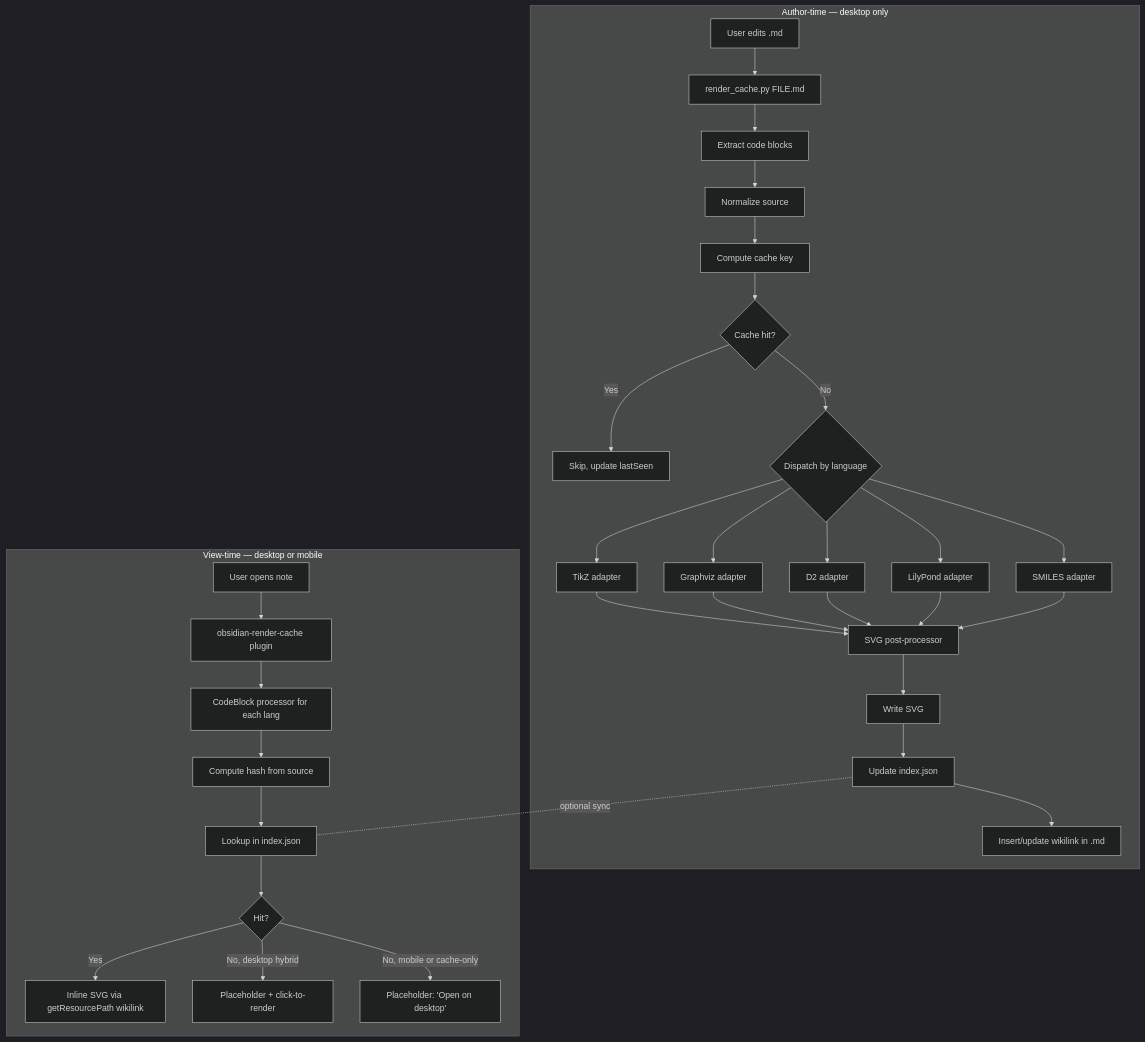
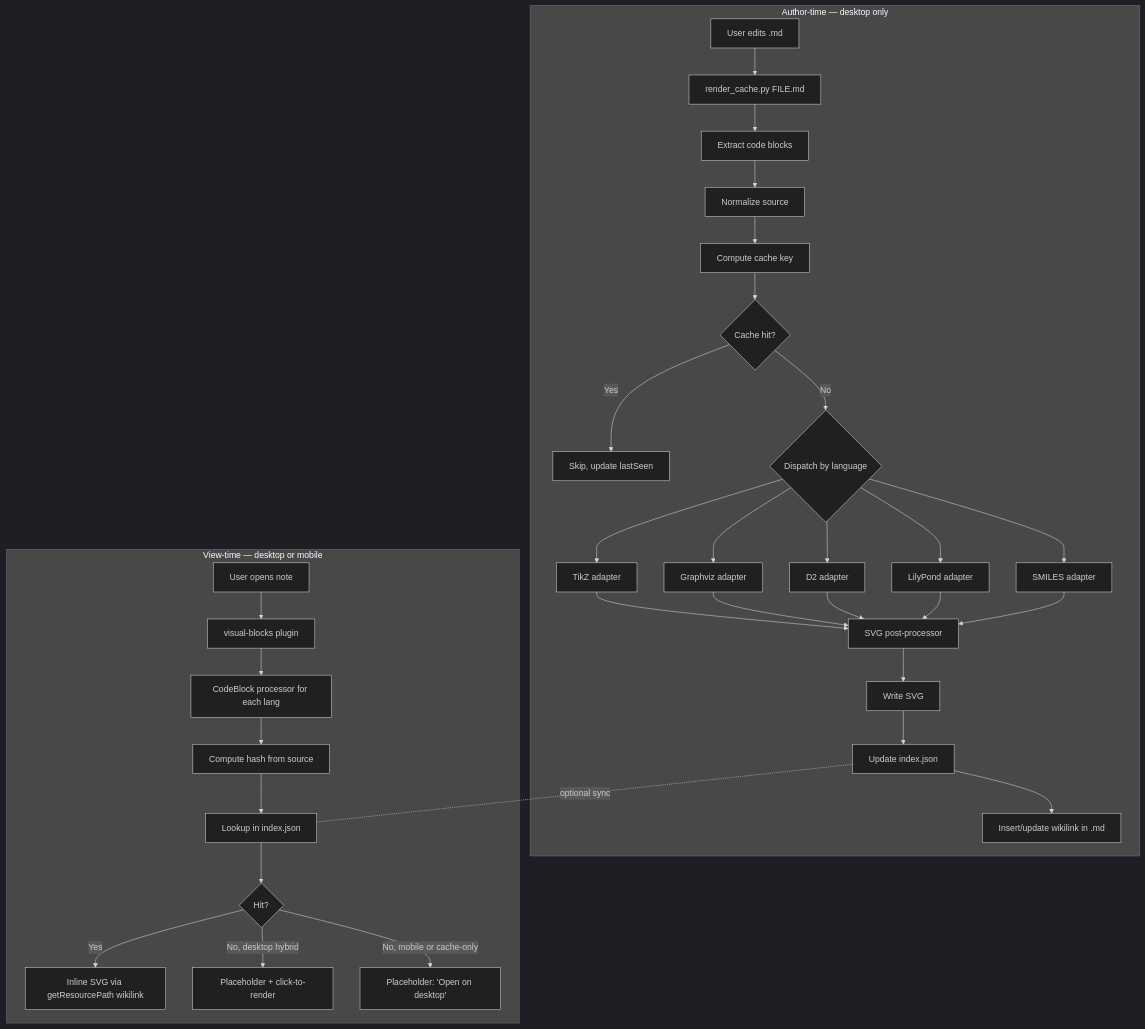
Before and after one commit to cstelmach/obsidian-visual-blocks: the diagram in docs/specs/render-cache/SPEC.md, drawn with Mermaid (dark theme). The commit also changed other lines of this file and 21 other files, not shown here.

````diff
--- a/docs/specs/render-cache/SPEC.md
+++ b/docs/specs/render-cache/SPEC.md
@@ -145,38 +145,38 @@
 ```mermaid
 flowchart TB
     subgraph Author [Author-time — desktop only]
         EDIT[User edits .md] --> CLI[render_cache.py FILE.md]
         CLI --> EXTRACT[Extract code blocks]
         EXTRACT --> NORMALIZE[Normalize source]
         NORMALIZE --> HASH[Compute cache key]
         HASH --> LOOKUP{Cache hit?}
         LOOKUP -->|Yes| SKIP[Skip, update lastSeen]
         LOOKUP -->|No| DISPATCH{Dispatch by language}
         DISPATCH --> TIKZ[TikZ adapter]
         DISPATCH --> GV[Graphviz adapter]
         DISPATCH --> D2[D2 adapter]
         DISPATCH --> LP[LilyPond adapter]
         DISPATCH --> SM[SMILES adapter]
         TIKZ --> POST[SVG post-processor]
         GV --> POST
         D2 --> POST
         LP --> POST
         SM --> POST
         POST --> WRITE[Write SVG]
         WRITE --> INDEX[Update index.json]
         INDEX --> INSERT[Insert/update wikilink in .md]
     end
 
     subgraph View [View-time — desktop or mobile]
-        OPEN[User opens note] --> PLUGIN[obsidian-render-cache plugin]
+        OPEN[User opens note] --> PLUGIN[visual-blocks plugin]
         PLUGIN --> CBP[CodeBlock processor for each lang]
         CBP --> H2[Compute hash from source]
         H2 --> IDX[Lookup in index.json]
         IDX --> HIT{Hit?}
         HIT -->|Yes| INLINE[Inline SVG via getResourcePath wikilink]
         HIT -->|No, desktop hybrid| PH1[Placeholder + click-to-render]
         HIT -->|No, mobile or cache-only| PH2[Placeholder: 'Open on desktop']
     end
 
     INDEX -.optional sync.- IDX
 ```
````
